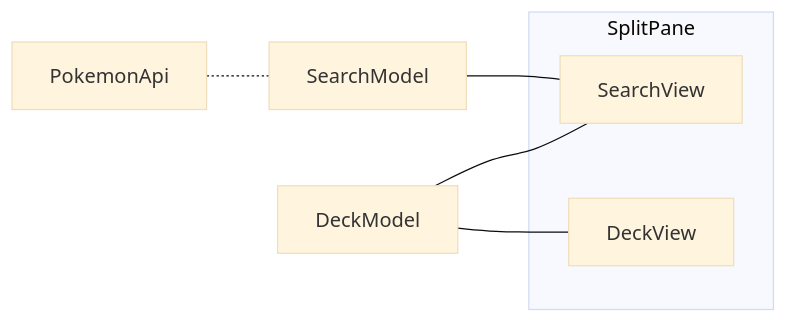
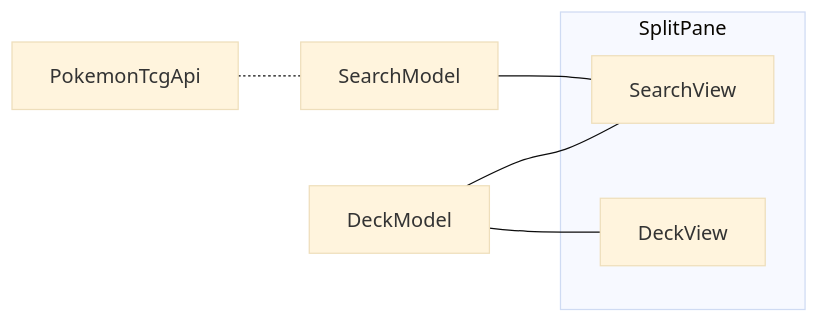
One commit to serras/poke-fun changed the diagram in guide/intro.md. Above: the diagram before and after it, drawn with Mermaid (base theme). The commit also changed other lines of this file and 3 other files, not shown here.

````diff
--- a/guide/intro.md
+++ b/guide/intro.md
@@ -14,14 +16,14 @@
 ```mermaid
 graph LR;
-  PokemonApi;
+  PokemonTcgApi;
   SearchModel;
-  PokemonApi <-.- SearchModel;
+  PokemonTcgApi <-.- SearchModel;
   DeckModel;
   subgraph View [SplitPane]
     SearchView;
     DeckView;
   end
   SearchModel --- SearchView;
   DeckModel --- SearchView;
   DeckModel --- DeckView;
 ```
````
